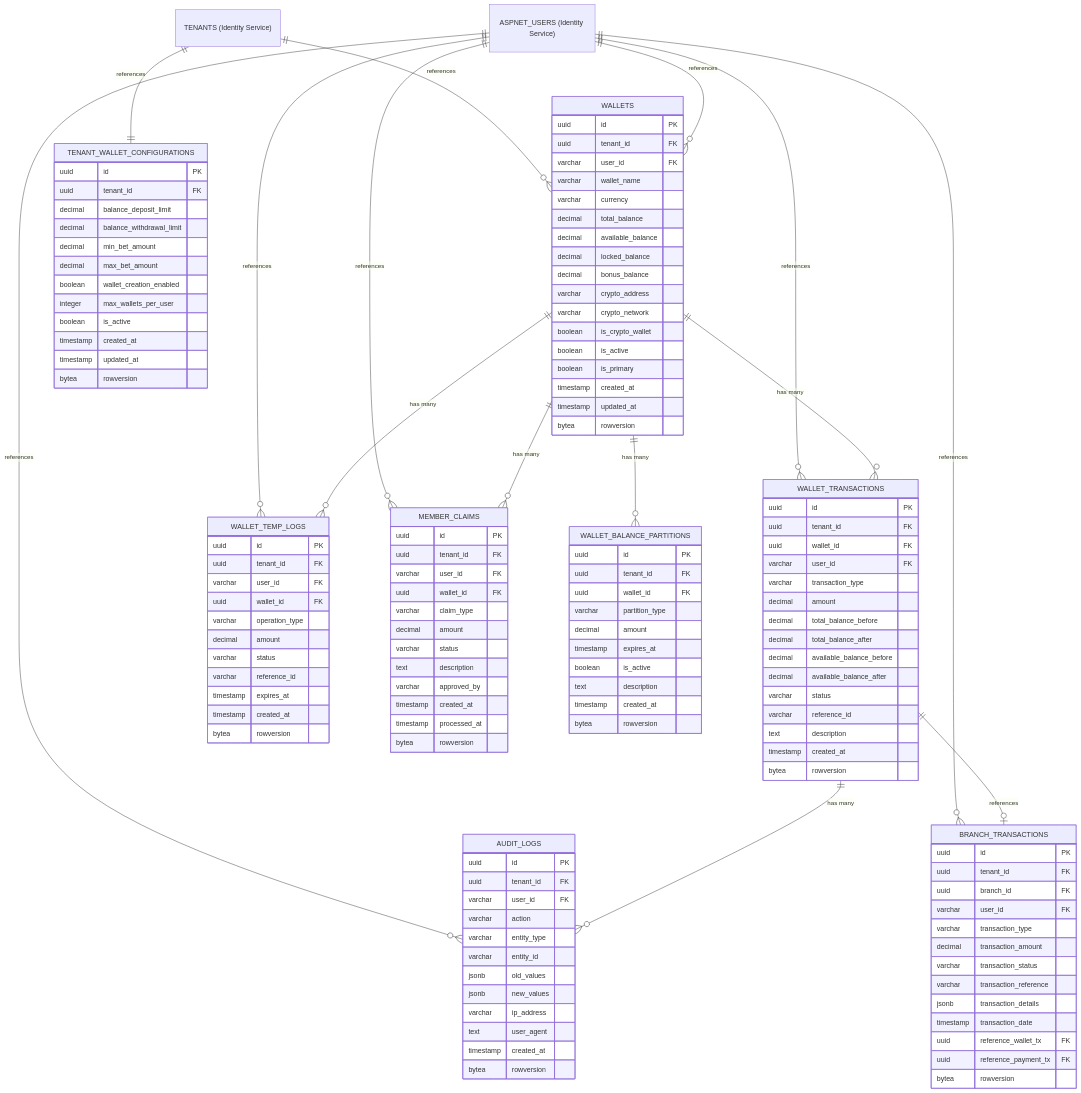
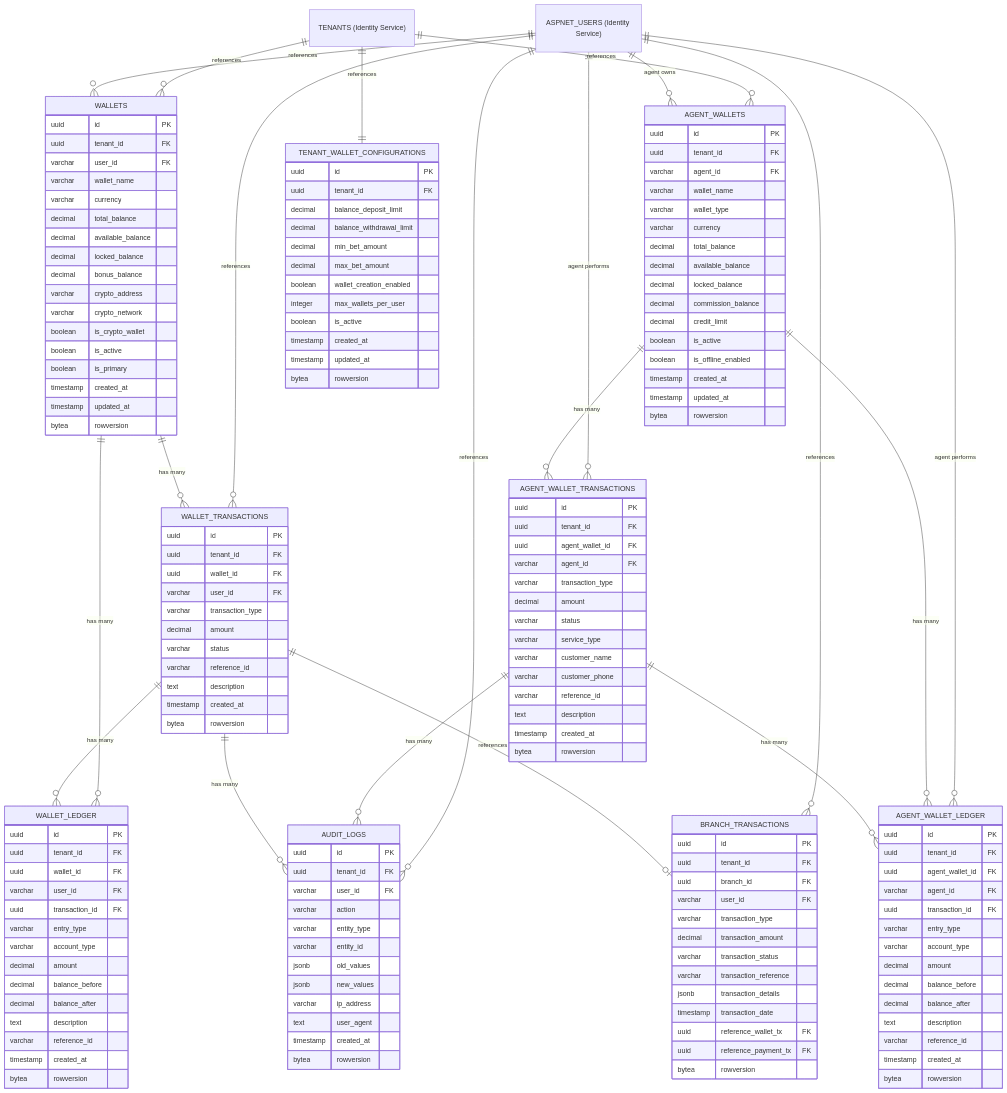
The second of 2 diagrams in er-diagram-schema/003_wallet-service-er-diagram.md (addisalemtafere/con-shred-lib), drawn with Mermaid before and after one commit. The commit also changed other lines of this file and 3 other files, not shown here.

````diff
--- a/er-diagram-schema/003_wallet-service-er-diagram.md
+++ b/er-diagram-schema/003_wallet-service-er-diagram.md
@@ -699,10 +1478,6 @@
         varchar user_id FK
         varchar transaction_type
         decimal amount
-        decimal total_balance_before
-        decimal total_balance_after
-        decimal available_balance_before
-        decimal available_balance_after
         varchar status
         varchar reference_id
         text description
@@ -710,47 +1485,78 @@
         bytea rowversion
     }
 
-    WALLET_TEMP_LOGS {
+    WALLET_LEDGER {
         uuid id PK
         uuid tenant_id FK
+        uuid wallet_id FK
         varchar user_id FK
-        uuid wallet_id FK
-        varchar operation_type
+        uuid transaction_id FK
+        varchar entry_type
+        varchar account_type
         decimal amount
-        varchar status
+        decimal balance_before
+        decimal balance_after
+        text description
         varchar reference_id
-        timestamp expires_at
         timestamp created_at
         bytea rowversion
     }
 
-    MEMBER_CLAIMS {
+    AGENT_WALLETS {
         uuid id PK
         uuid tenant_id FK
-        varchar user_id FK
-        uuid wallet_id FK
-        varchar claim_type
-        decimal amount
-        varchar status
-        text description
-        varchar approved_by
+        varchar agent_id FK
+        varchar wallet_name
+        varchar wallet_type
+        varchar currency
+        decimal total_balance
+        decimal available_balance
+        decimal locked_balance
+        decimal commission_balance
+        decimal credit_limit
+        boolean is_active
+        boolean is_offline_enabled
         timestamp created_at
-        timestamp processed_at
+        timestamp updated_at
         bytea rowversion
     }
 
-    WALLET_BALANCE_PARTITIONS {
+    AGENT_WALLET_TRANSACTIONS {
         uuid id PK
         uuid tenant_id FK
-        uuid wallet_id FK
-        varchar partition_type
+        uuid agent_wallet_id FK
+        varchar agent_id FK
+        varchar transaction_type
         decimal amount
-        timestamp expires_at
-        boolean is_active
+        varchar status
+        varchar service_type
+        varchar customer_name
+        varchar customer_phone
+        varchar reference_id
         text description
         timestamp created_at
         bytea rowversion
     }
+
+    AGENT_WALLET_LEDGER {
+        uuid id PK
+        uuid tenant_id FK
+        uuid agent_wallet_id FK
+        varchar agent_id FK
+        uuid transaction_id FK
+        varchar entry_type
+        varchar account_type
+        decimal amount
+        decimal balance_before
+        decimal balance_after
+        text description
+        varchar reference_id
+        timestamp created_at
+        bytea rowversion
+    }
+
+
+
 
     TENANT_WALLET_CONFIGURATIONS {
         uuid id PK
@@ -801,16 +1607,21 @@
     %% Relationships
     TENANTS ||--o{ WALLETS : "references"
     TENANTS ||--|| TENANT_WALLET_CONFIGURATIONS : "references"
+    TENANTS ||--o{ AGENT_WALLETS : "references"
     ASPNET_USERS ||--o{ WALLETS : "references"
     ASPNET_USERS ||--o{ WALLET_TRANSACTIONS : "references"
-    ASPNET_USERS ||--o{ WALLET_TEMP_LOGS : "references"
-    ASPNET_USERS ||--o{ MEMBER_CLAIMS : "references"
     ASPNET_USERS ||--o{ AUDIT_LOGS : "references"
     ASPNET_USERS ||--o{ BRANCH_TRANSACTIONS : "references"
+    ASPNET_USERS ||--o{ AGENT_WALLETS : "agent owns"
+    ASPNET_USERS ||--o{ AGENT_WALLET_TRANSACTIONS : "agent performs"
+    ASPNET_USERS ||--o{ AGENT_WALLET_LEDGER : "agent performs"
+    AGENT_WALLET_TRANSACTIONS ||--o{ AUDIT_LOGS : "has many"
     WALLETS ||--o{ WALLET_TRANSACTIONS : "has many"
-    WALLETS ||--o{ WALLET_TEMP_LOGS : "has many"
-    WALLETS ||--o{ MEMBER_CLAIMS : "has many"
-    WALLETS ||--o{ WALLET_BALANCE_PARTITIONS : "has many"
+    WALLETS ||--o{ WALLET_LEDGER : "has many"
+    WALLET_TRANSACTIONS ||--o{ WALLET_LEDGER : "has many"
     WALLET_TRANSACTIONS ||--o{ AUDIT_LOGS : "has many"
     WALLET_TRANSACTIONS ||--o| BRANCH_TRANSACTIONS : "references"
+    AGENT_WALLETS ||--o{ AGENT_WALLET_TRANSACTIONS : "has many"
+    AGENT_WALLETS ||--o{ AGENT_WALLET_LEDGER : "has many"
+    AGENT_WALLET_TRANSACTIONS ||--o{ AGENT_WALLET_LEDGER : "has many"
 ```
````
